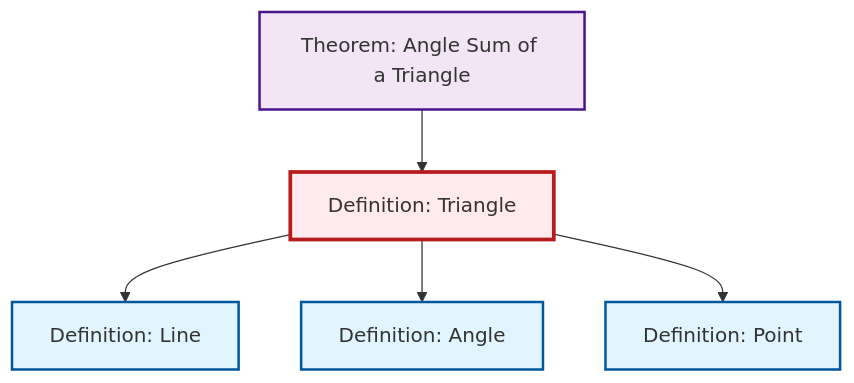
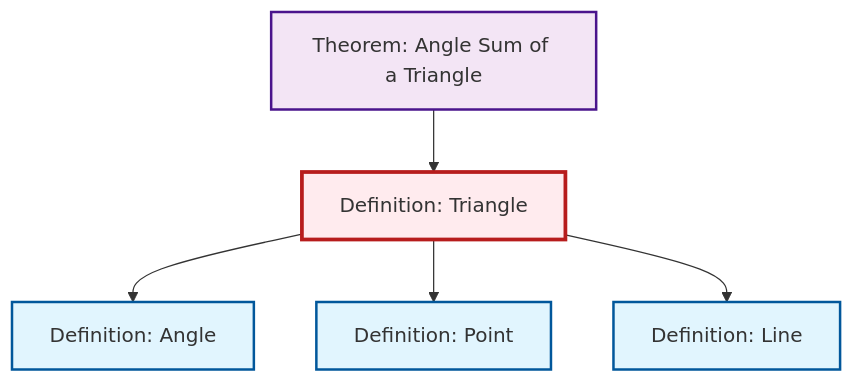
The diagram in content/ja/geometry/def-triangle.qmd (RK0429/ModernMath), drawn with Mermaid before and after one commit. The commit also changed other lines of this file and 417 other files, not shown here.

````diff
--- a/content/ja/geometry/def-triangle.qmd
+++ b/content/ja/geometry/def-triangle.qmd
@@ -60,23 +60,23 @@
 ```{mermaid}
 %%| fig-cap: "Local dependency graph"
 graph TD
     classDef definition fill:#e1f5fe,stroke:#01579b,stroke-width:2px
     classDef theorem fill:#f3e5f5,stroke:#4a148c,stroke-width:2px
     classDef axiom fill:#fff3e0,stroke:#e65100,stroke-width:2px
     classDef example fill:#e8f5e9,stroke:#1b5e20,stroke-width:2px
     classDef current fill:#ffebee,stroke:#b71c1c,stroke-width:3px
+    def-point["Definition: Point"]:::definition
     thm-angle-sum-triangle["Theorem: Angle Sum of a Triangle"]:::theorem
-    def-point["Definition: Point"]:::definition
     def-triangle["Definition: Triangle"]:::definition
+    def-angle["Definition: Angle"]:::definition
     def-line["Definition: Line"]:::definition
-    def-angle["Definition: Angle"]:::definition
-    def-triangle --> def-line
     def-triangle --> def-angle
     def-triangle --> def-point
     thm-angle-sum-triangle --> def-triangle
+    def-triangle --> def-line
     class def-triangle current
+    click def-point "def-point.html" "Definition: Pointへ"
     click thm-angle-sum-triangle "thm-angle-sum-triangle.html" "Theorem: Angle Sum of a Triangleへ"
-    click def-point "def-point.html" "Definition: Pointへ"
+    click def-angle "def-angle.html" "Definition: Angleへ"
     click def-line "def-line.html" "Definition: Lineへ"
-    click def-angle "def-angle.html" "Definition: Angleへ"
 ```
````
